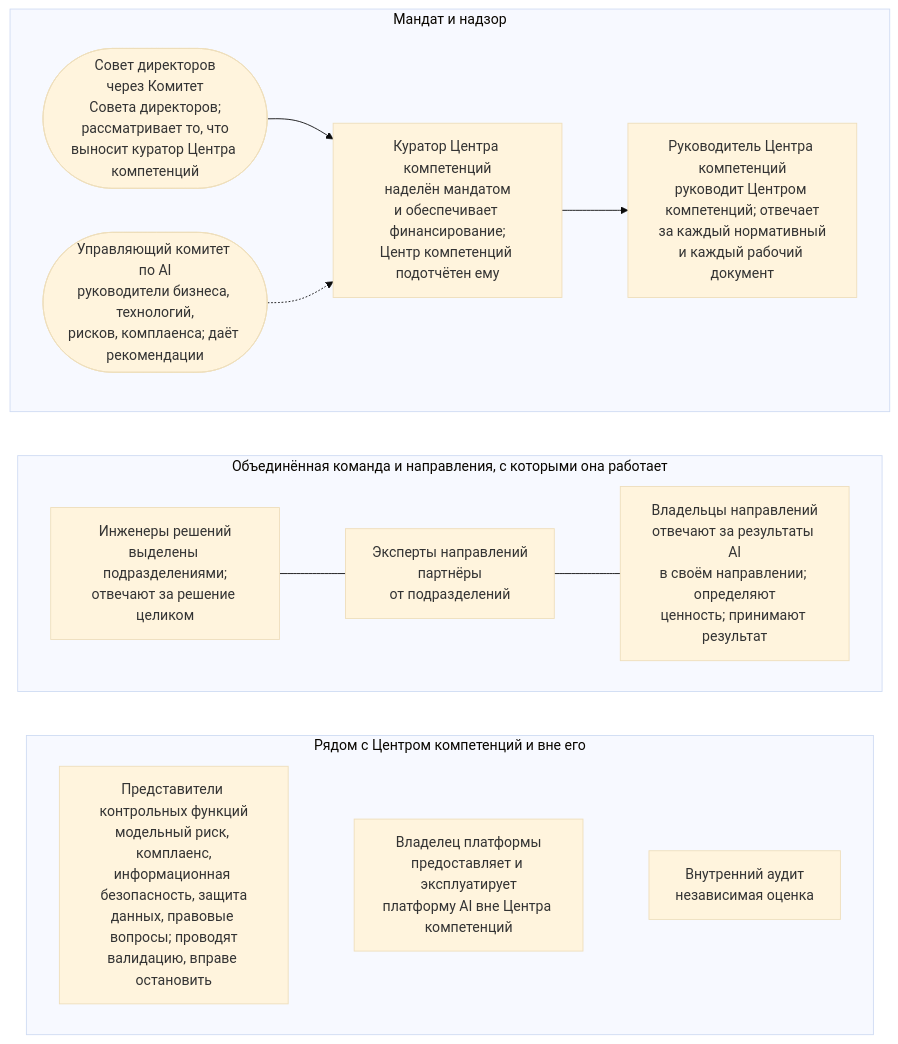
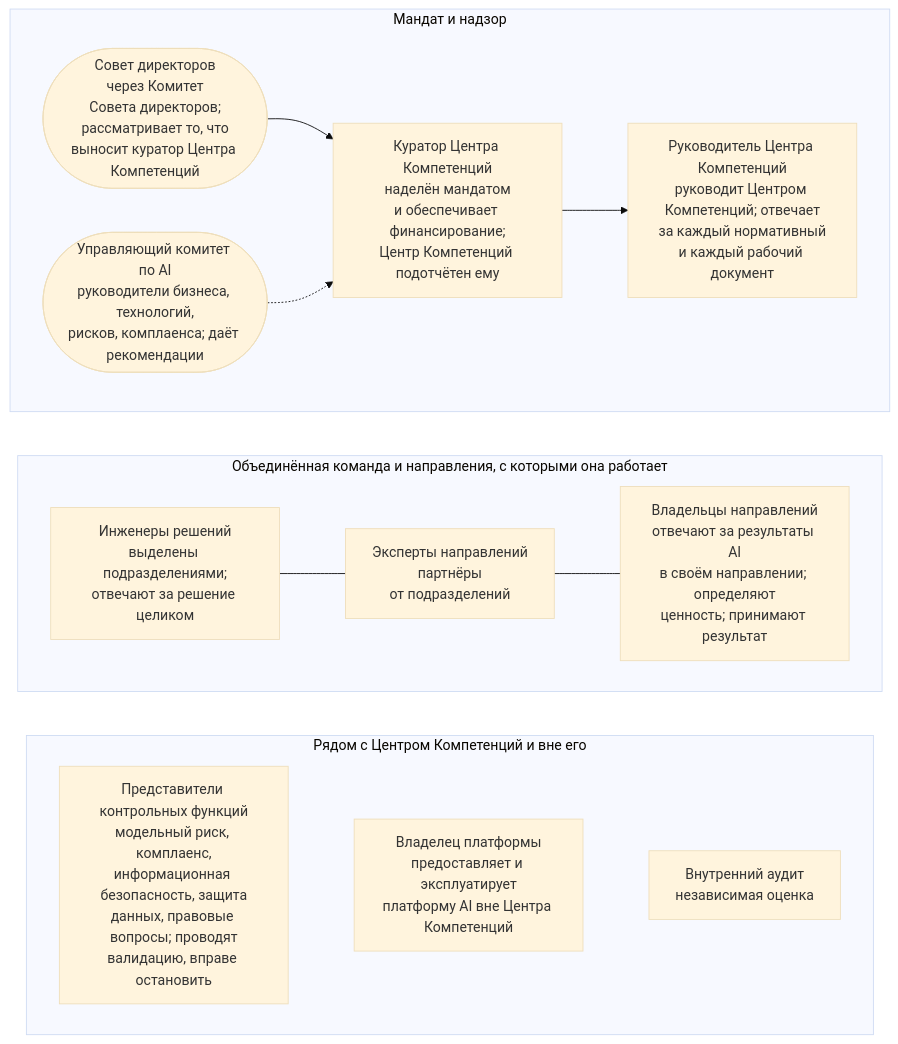
One commit to devhogu/ob-aicc changed the diagram in portal/content/ru/organization/overview.md. Above: the diagram before and after it, drawn with Mermaid (base theme). The commit also changed other lines of this file and 550 other files, not shown here.

First line of the commit message:
Competence Center as a brand name: «Центр Компетенций» in Russian

````diff
--- a/portal/content/ru/organization/overview.md
+++ b/portal/content/ru/organization/overview.md
@@ -13,20 +13,20 @@
 ```mermaid
 flowchart TB
   subgraph TOP["Мандат и надзор"]
     direction LR
-    B(["Совет директоров<br/>через Комитет<br/>Совета директоров;<br/>рассматривает то, что<br/>выносит куратор Центра компетенций"]) --> ES["Куратор Центра компетенций<br/>наделён мандатом<br/>и обеспечивает финансирование;<br/>Центр компетенций подотчётен ему"]
-    ES --> AL["Руководитель Центра компетенций<br/>руководит Центром компетенций; отвечает<br/>за каждый нормативный<br/>и каждый рабочий документ"]
+    B(["Совет директоров<br/>через Комитет<br/>Совета директоров;<br/>рассматривает то, что<br/>выносит куратор Центра Компетенций"]) --> ES["Куратор Центра Компетенций<br/>наделён мандатом<br/>и обеспечивает финансирование;<br/>Центр Компетенций подотчётен ему"]
+    ES --> AL["Руководитель Центра Компетенций<br/>руководит Центром Компетенций; отвечает<br/>за каждый нормативный<br/>и каждый рабочий документ"]
     SC(["Управляющий комитет по AI<br/>руководители бизнеса, технологий,<br/>рисков, комплаенса; даёт рекомендации"]) -.-> ES
   end
   subgraph MID["Объединённая команда и направления, с которыми она работает"]
     direction LR
     SE["Инженеры решений<br/>выделены подразделениями;<br/>отвечают за решение целиком"] --- DE["Эксперты направлений<br/>партнёры<br/>от подразделений"]
     DE --- DO["Владельцы направлений<br/>отвечают за результаты AI<br/>в своём направлении; определяют<br/>ценность; принимают результат"]
   end
-  subgraph SIDE["Рядом с Центром компетенций и вне его"]
+  subgraph SIDE["Рядом с Центром Компетенций и вне его"]
     direction LR
-    CF["Представители контрольных функций<br/>модельный риск, комплаенс,<br/>информационная безопасность, защита<br/>данных, правовые вопросы; проводят<br/>валидацию, вправе остановить"] ~~~ PO["Владелец платформы<br/>предоставляет и эксплуатирует<br/>платформу AI вне Центра компетенций"] ~~~ IA["Внутренний аудит<br/>независимая оценка"]
+    CF["Представители контрольных функций<br/>модельный риск, комплаенс,<br/>информационная безопасность, защита<br/>данных, правовые вопросы; проводят<br/>валидацию, вправе остановить"] ~~~ PO["Владелец платформы<br/>предоставляет и эксплуатирует<br/>платформу AI вне Центра Компетенций"] ~~~ IA["Внутренний аудит<br/>независимая оценка"]
   end
   TOP ~~~ MID
   MID ~~~ SIDE
 ```
````
